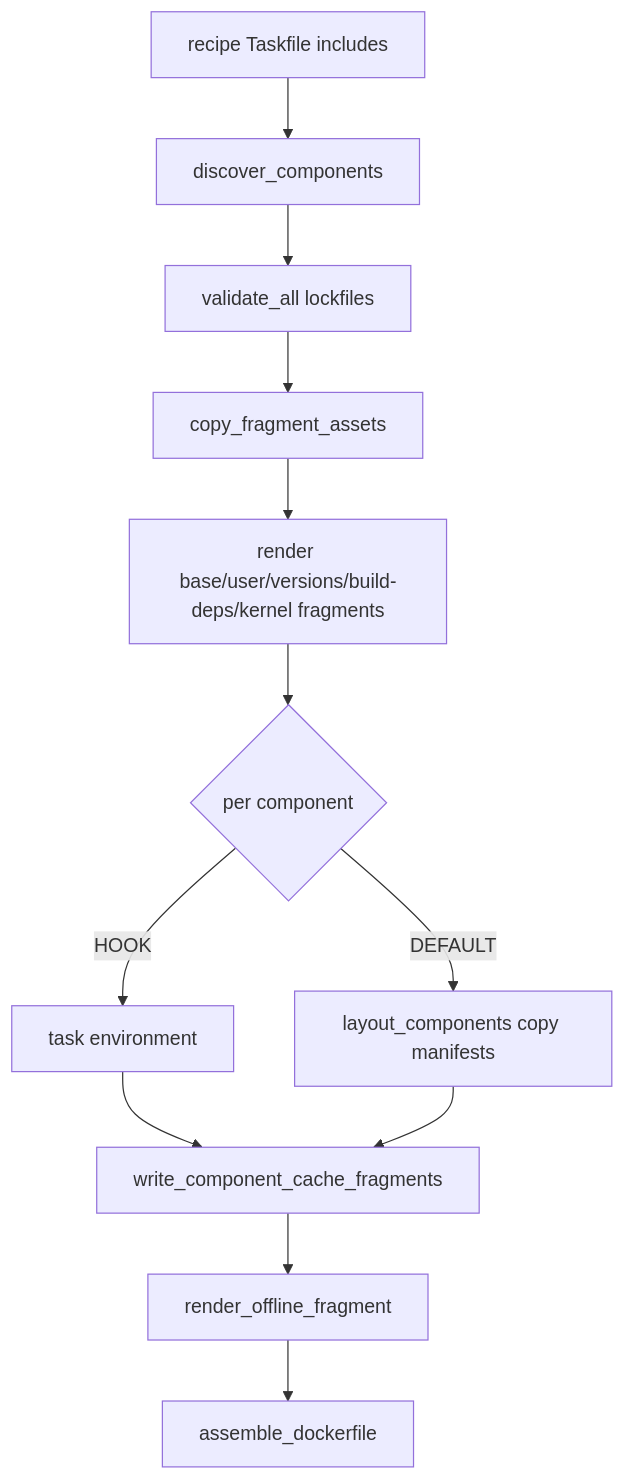
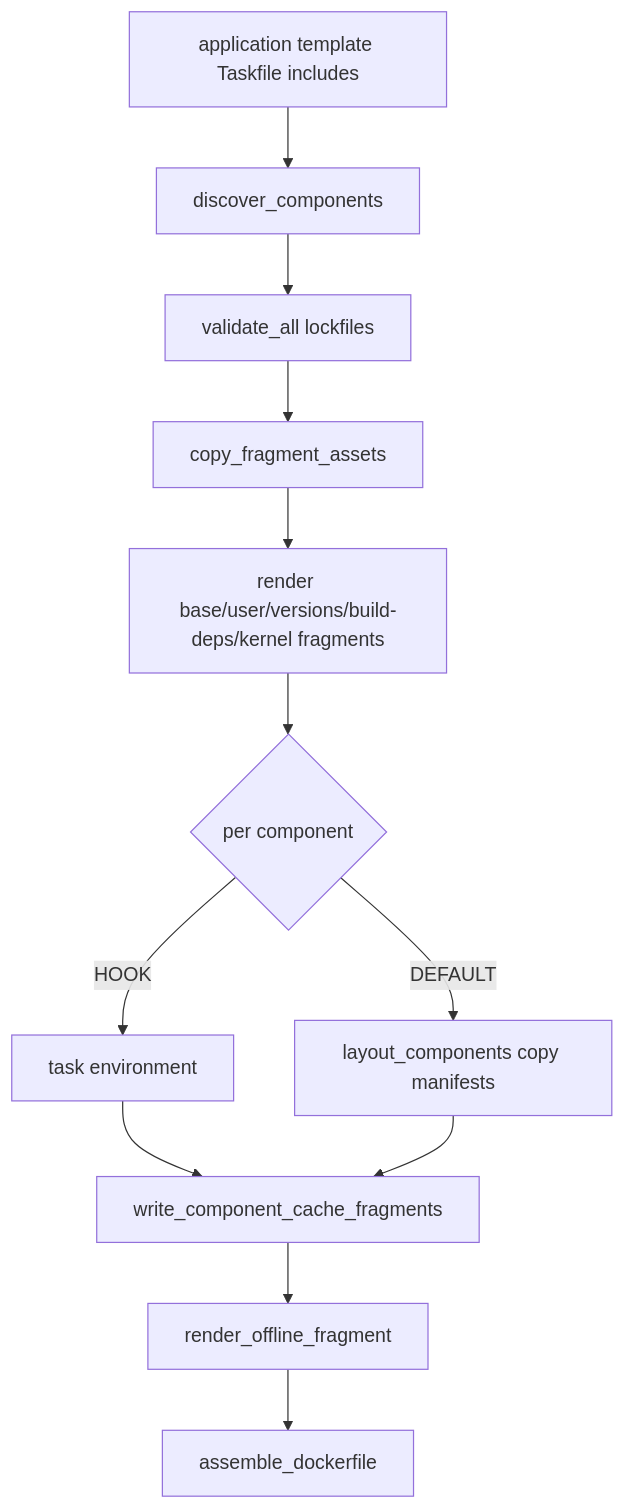
One commit to datarobot-oss/dr-environment changed the diagram in AGENTS.md. Above: the diagram before and after it, drawn with Mermaid. The commit also changed other lines of this file and 67 other files, not shown here.

Commit message:
[BUZZOK-32495] Rename the recipe command to template (#47)

````diff
--- a/AGENTS.md
+++ b/AGENTS.md
@@ -71,14 +71,14 @@
 ```mermaid
 flowchart TD
-    A[recipe Taskfile includes] --> B[discover_components]
+    A[application template Taskfile includes] --> B[discover_components]
     B --> C[validate_all lockfiles]
     C --> D[copy_fragment_assets]
     D --> E[render base/user/versions/build-deps/kernel fragments]
     E --> F{per component}
     F -->|HOOK| G[task environment]
     F -->|DEFAULT| H[layout_components copy manifests]
     G --> I[write_component_cache_fragments]
     H --> I
     I --> J[render_offline_fragment]
     J --> K[assemble_dockerfile]
 ```
````
